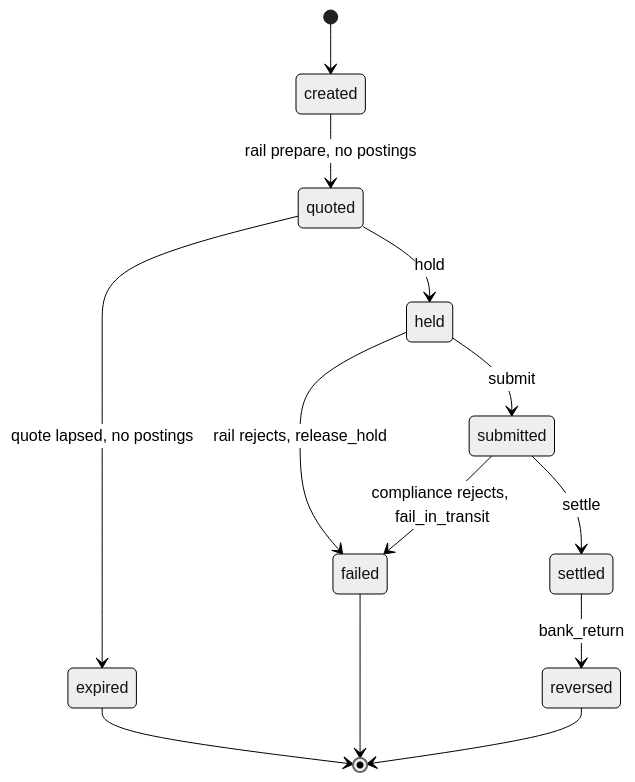
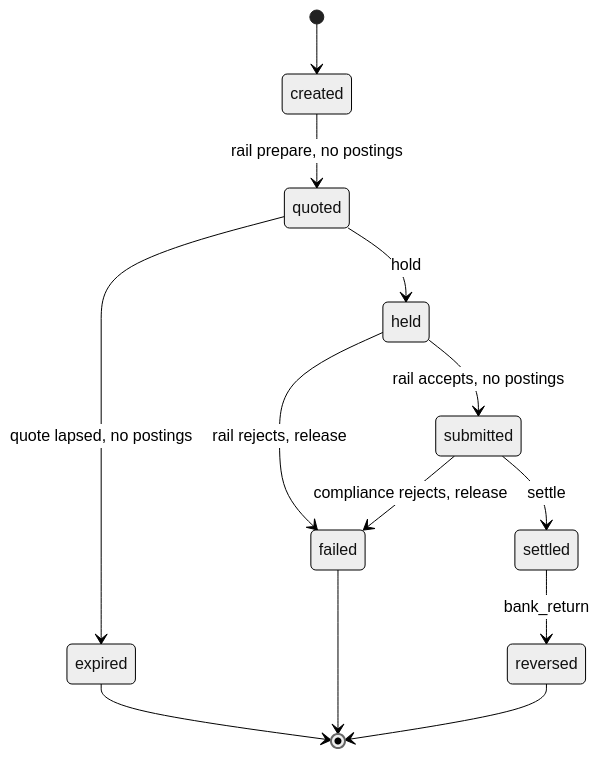
The fourth of 4 diagrams in docs/design.md (darkodi/ferry), drawn with Mermaid (neutral theme) before and after one commit. The commit also changed other lines of this file, not shown here.

````diff
--- a/docs/design.md
+++ b/docs/design.md
@@ -246,15 +223,15 @@
 ```mermaid
 stateDiagram-v2
     [*] --> created
     created --> quoted: rail prepare, no postings
     quoted --> held: hold
     quoted --> expired: quote lapsed, no postings
-    held --> submitted: submit
-    held --> failed: rail rejects, release_hold
+    held --> submitted: rail accepts, no postings
+    held --> failed: rail rejects, release
     submitted --> settled: settle
-    submitted --> failed: compliance rejects, fail_in_transit
+    submitted --> failed: compliance rejects, release
     settled --> reversed: bank_return
     expired --> [*]
     failed --> [*]
     reversed --> [*]
 ```
````
